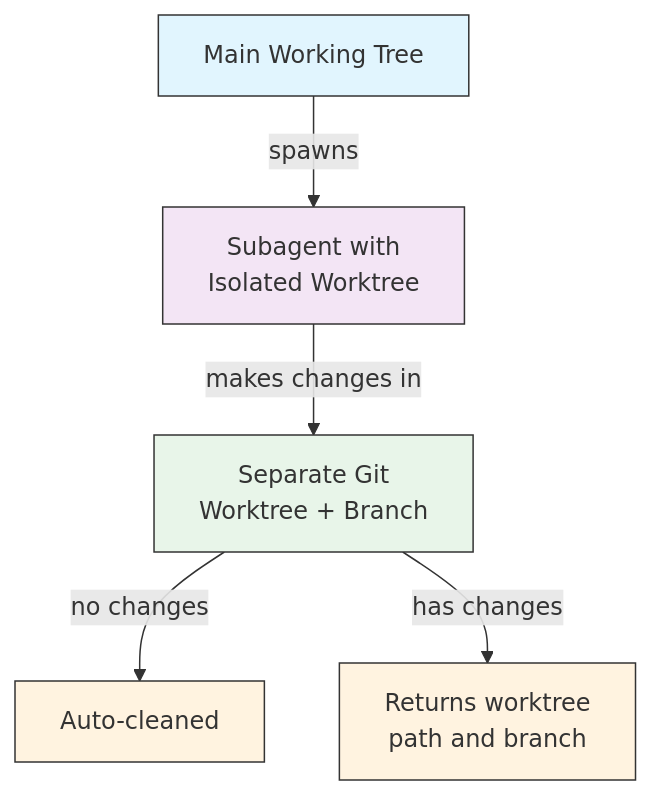
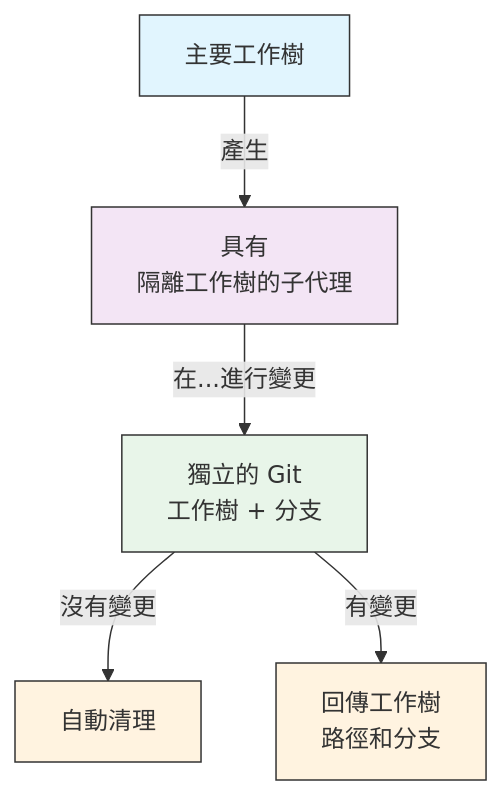
One commit to huckly/claude-howto-zh-tw changed the second of 7 diagrams in 04-subagents/README.md. Above: the diagram before and after it, drawn with Mermaid. The commit also changed other lines of this file and 9 other files, not shown here.

````diff
--- a/04-subagents/README.md
+++ b/04-subagents/README.md
@@ -516,13 +498,13 @@
 ```mermaid
 graph TB
-    Main["Main Working Tree"] -->|spawns| Sub["Subagent with<br/>Isolated Worktree"]
-    Sub -->|makes changes in| WT["Separate Git<br/>Worktree + Branch"]
-    WT -->|no changes| Clean["Auto-cleaned"]
-    WT -->|has changes| Return["Returns worktree<br/>path and branch"]
+    Main["主要工作樹"] -->|產生| Sub["具有<br/>隔離工作樹的子代理"]
+    Sub -->|在...進行變更| WT["獨立的 Git<br/>工作樹 + 分支"]
+    WT -->|沒有變更| Clean["自動清理"]
+    WT -->|有變更| Return["回傳工作樹<br/>路徑和分支"]
 
     style Main fill:#e1f5fe,stroke:#333,color:#333
     style Sub fill:#f3e5f5,stroke:#333,color:#333
     style WT fill:#e8f5e9,stroke:#333,color:#333
     style Clean fill:#fff3e0,stroke:#333,color:#333
     style Return fill:#fff3e0,stroke:#333,color:#333
 ```
````
